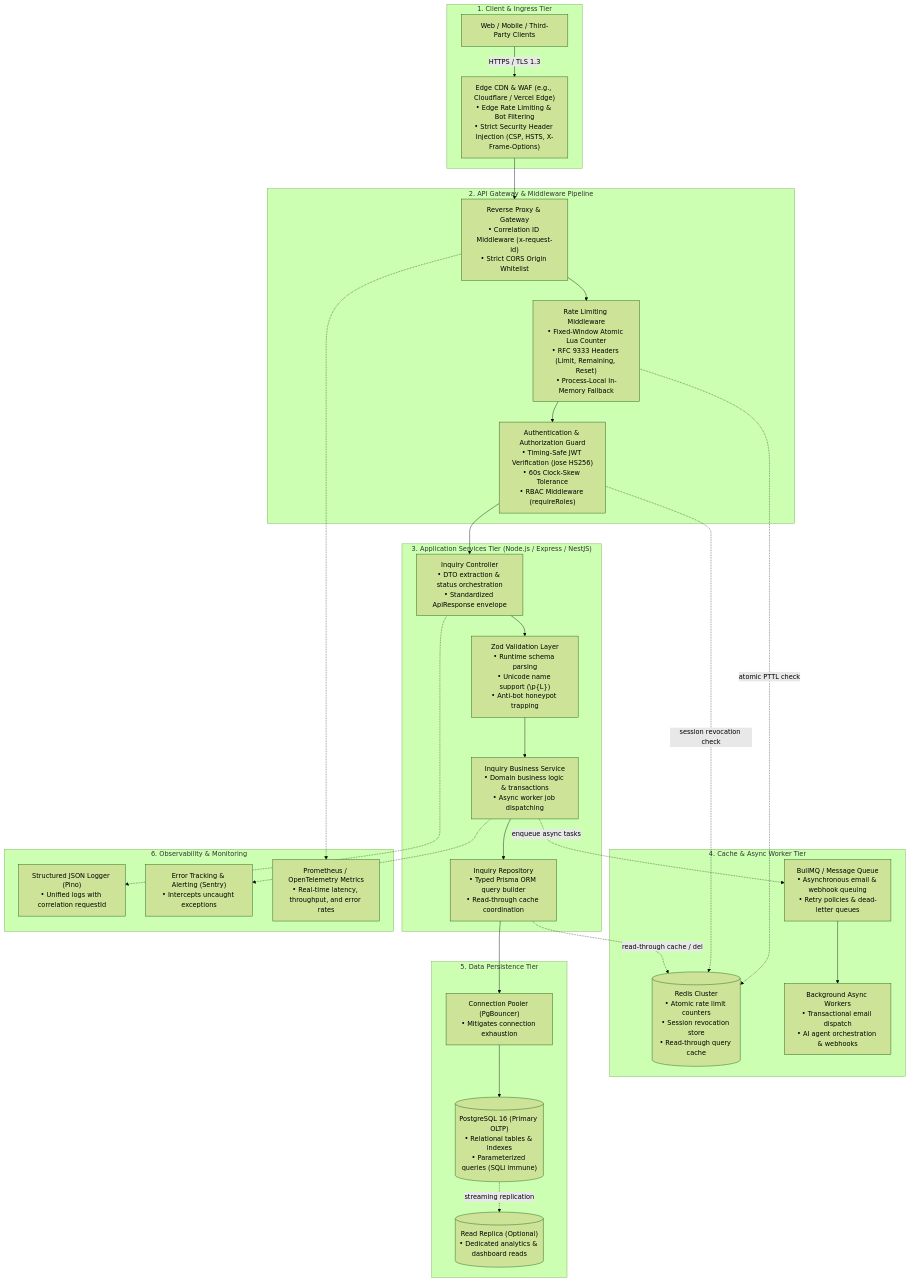
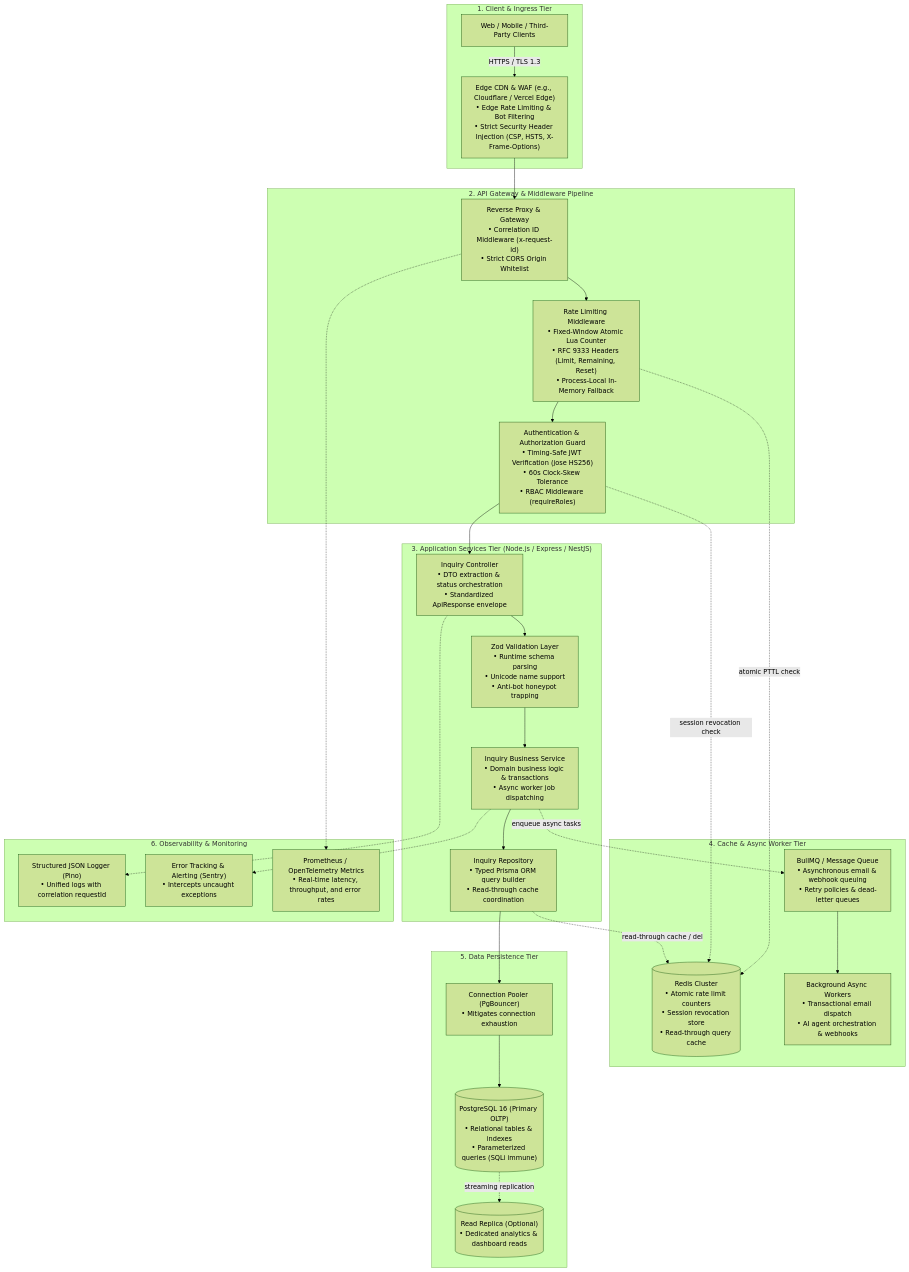
Before and after one commit to SOULShri/cynbit-backend-audit: the diagram in diagrams/recommended-architecture.mmd, drawn with Mermaid (forest theme). The commit also changed 6 other files, not shown here.

Commit message:
feat(diagrams): add interactive SVG visualizer and embed Mermaid models in docs

```diff
--- a/diagrams/recommended-architecture.mmd
+++ b/diagrams/recommended-architecture.mmd
@@ -1,65 +1,65 @@
 %% title: Recommended Backend Architecture — Decoupled High-Throughput Topology
 %% description: Conceptual target architecture for scaling Cynbit's SaaS products, AI automation workers, and APIs. Separates public routing, gateway authentication, application domains, caching, and persistence into discrete layers.
 
 graph TB
 
     subgraph Client_Layer ["1. Client & Ingress Tier"]
         Client["Web / Mobile / Third-Party Clients"]
         EdgeWAF["Edge CDN & WAF (e.g., Cloudflare / Vercel Edge)\n• Edge Rate Limiting & Bot Filtering\n• Strict Security Header Injection (CSP, HSTS, X-Frame-Options)"]
     end
 
     subgraph Gateway_Layer ["2. API Gateway & Middleware Pipeline"]
         Gateway["Reverse Proxy & Gateway\n• Correlation ID Middleware (x-request-id)\n• Strict CORS Origin Whitelist"]
         RateLimit["Rate Limiting Middleware\n• Fixed-Window Atomic Lua Counter\n• RFC 9333 Headers (Limit, Remaining, Reset)\n• Process-Local In-Memory Fallback"]
         AuthGuard["Authentication & Authorization Guard\n• Timing-Safe JWT Verification (jose HS256)\n• 60s Clock-Skew Tolerance\n• RBAC Middleware (requireRoles)"]
     end
 
     subgraph App_Layer ["3. Application Services Tier (Node.js / Express / NestJS)"]
         Controller["Inquiry Controller\n• DTO extraction & status orchestration\n• Standardized ApiResponse envelope"]
-        Validation["Zod Validation Layer\n• Runtime schema parsing\n• Unicode name support (\p{L})\n• Anti-bot honeypot trapping"]
+        Validation["Zod Validation Layer\n• Runtime schema parsing\n• Unicode name support\n• Anti-bot honeypot trapping"]
         Service["Inquiry Business Service\n• Domain business logic & transactions\n• Async worker job dispatching"]
         Repository["Inquiry Repository\n• Typed Prisma ORM query builder\n• Read-through cache coordination"]
     end
 
     subgraph Cache_Queue ["4. Cache & Async Worker Tier"]
         Redis[("Redis Cluster\n• Atomic rate limit counters\n• Session revocation store\n• Read-through query cache")]
         BullMQ["BullMQ / Message Queue\n• Asynchronous email & webhook queuing\n• Retry policies & dead-letter queues"]
         Workers["Background Async Workers\n• Transactional email dispatch\n• AI agent orchestration & webhooks"]
     end
 
     subgraph Persistence_Layer ["5. Data Persistence Tier"]
         PgBouncer["Connection Pooler (PgBouncer)\n• Mitigates connection exhaustion"]
         Postgres[("PostgreSQL 16 (Primary OLTP)\n• Relational tables & indexes\n• Parameterized queries (SQLi immune)")]
         Replica[("Read Replica (Optional)\n• Dedicated analytics & dashboard reads")]
     end
 
     subgraph Observability_Tier ["6. Observability & Monitoring"]
         Logging["Structured JSON Logger (Pino)\n• Unified logs with correlation requestId"]
         Sentry["Error Tracking & Alerting (Sentry)\n• Intercepts uncaught exceptions"]
         Metrics["Prometheus / OpenTelemetry Metrics\n• Real-time latency, throughput, and error rates"]
     end
 
     %% Flows
     Client -->|"HTTPS / TLS 1.3"| EdgeWAF
     EdgeWAF --> Gateway
     Gateway --> RateLimit
     RateLimit --> AuthGuard
     AuthGuard --> Controller
     Controller --> Validation
     Validation --> Service
     Service --> Repository
 
     %% Infrastructure Links
     RateLimit -.->|"atomic PTTL check"| Redis
     AuthGuard -.->|"session revocation check"| Redis
     Repository -.->|"read-through cache / del"| Redis
     Service -.->|"enqueue async tasks"| BullMQ
     BullMQ --> Workers
     Repository --> PgBouncer
     PgBouncer --> Postgres
     Postgres -.->|"streaming replication"| Replica
 
     %% Observability taps
     Controller -.-> Logging
     Service -.-> Sentry
     Gateway -.-> Metrics
```
